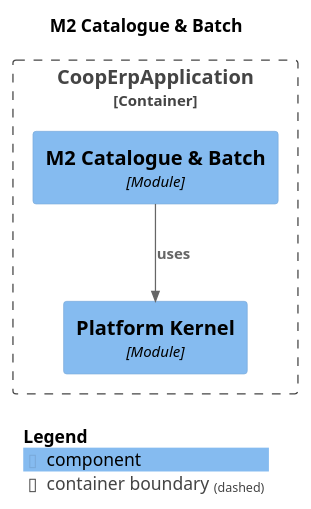
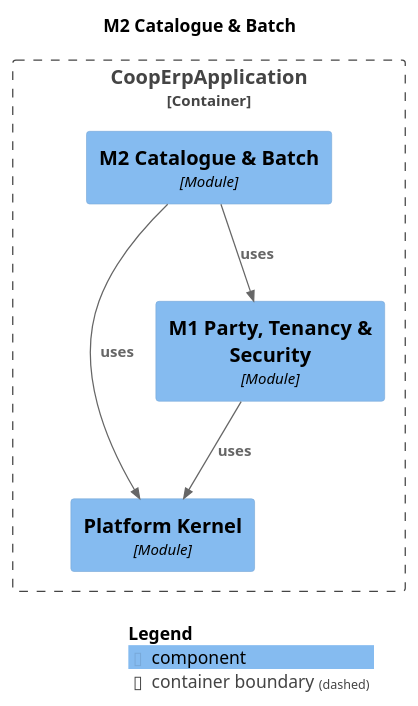
One commit to Knoweb/COOP_ERP changed the diagram in docs/modules/module-m2catalogue.puml. Above: the diagram before and after it, drawn with PlantUML. The commit also changed 16 other files, not shown here.

```diff
--- a/docs/modules/module-m2catalogue.puml
+++ b/docs/modules/module-m2catalogue.puml
@@ -1,19 +1,22 @@
 @startuml
 set separator none
 title M2 Catalogue & Batch
 
 top to bottom direction
 
 !include <C4/C4>
 !include <C4/C4_Context>
 !include <C4/C4_Component>
 
 Container_Boundary("CoopErpApplication.CoopErpApplication_boundary", "CoopErpApplication", $tags="") {
+  Component(CoopErpApplication.CoopErpApplication.M2CatalogueBatch, "M2 Catalogue & Batch", $techn="Module", $descr="", $tags="", $link="")
   Component(CoopErpApplication.CoopErpApplication.PlatformKernel, "Platform Kernel", $techn="Module", $descr="", $tags="", $link="")
-  Component(CoopErpApplication.CoopErpApplication.M2CatalogueBatch, "M2 Catalogue & Batch", $techn="Module", $descr="", $tags="", $link="")
+  Component(CoopErpApplication.CoopErpApplication.M1PartyTenancySecurity, "M1 Party, Tenancy & Security", $techn="Module", $descr="", $tags="", $link="")
 }
 
+Rel(CoopErpApplication.CoopErpApplication.M1PartyTenancySecurity, CoopErpApplication.CoopErpApplication.PlatformKernel, "uses", $techn="", $tags="", $link="")
+Rel(CoopErpApplication.CoopErpApplication.M2CatalogueBatch, CoopErpApplication.CoopErpApplication.M1PartyTenancySecurity, "uses", $techn="", $tags="", $link="")
 Rel(CoopErpApplication.CoopErpApplication.M2CatalogueBatch, CoopErpApplication.CoopErpApplication.PlatformKernel, "uses", $techn="", $tags="", $link="")
 
 SHOW_LEGEND(true)
 @enduml
```
